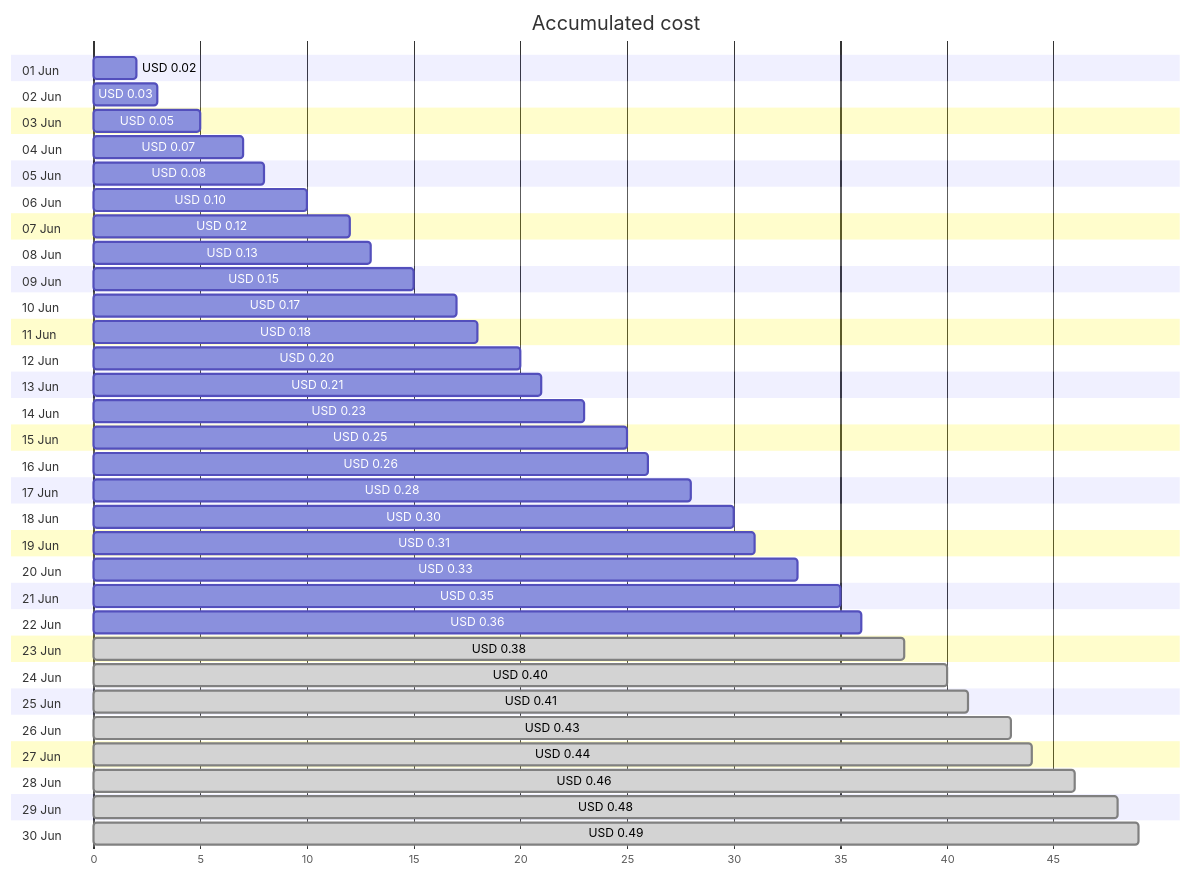
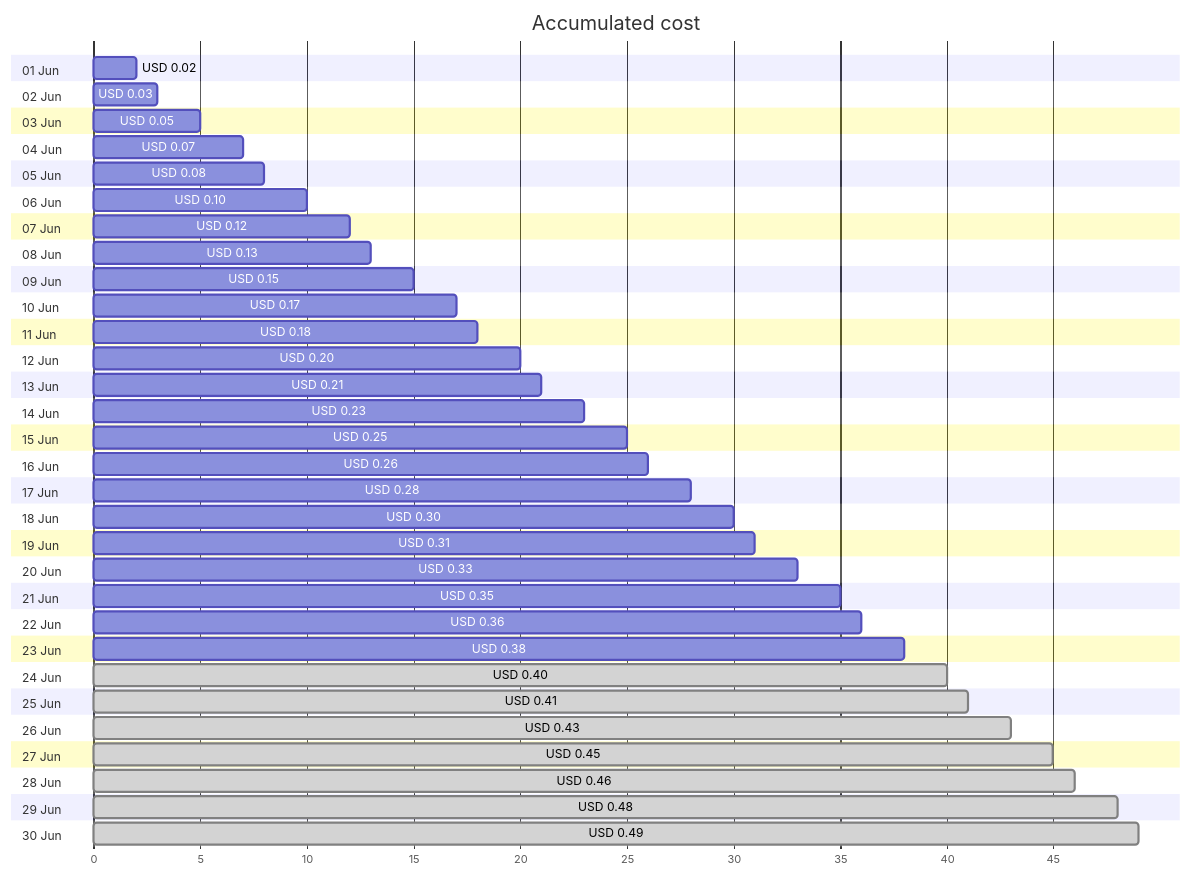
One commit to jpfulton/azure-personal-reports changed the first of 4 diagrams in cost-reports/personal-dns/jpatrickfulton.dev.md. Above: the diagram before and after it, drawn with Mermaid. The commit also changed other lines of this file and 2 other files, not shown here.

````diff
--- a/cost-reports/personal-dns/jpatrickfulton.dev.md
+++ b/cost-reports/personal-dns/jpatrickfulton.dev.md
@@ -20,66 +20,66 @@
 ```mermaid
 gantt
    title Accumulated cost
    dateFormat  X
    axisFormat %s
    section 01 Jun
    USD 0.02 :0, 2
    section 02 Jun
    USD 0.03 :0, 3
    section 03 Jun
    USD 0.05 :0, 5
    section 04 Jun
    USD 0.07 :0, 7
    section 05 Jun
    USD 0.08 :0, 8
    section 06 Jun
    USD 0.10 :0, 10
    section 07 Jun
    USD 0.12 :0, 12
    section 08 Jun
    USD 0.13 :0, 13
    section 09 Jun
    USD 0.15 :0, 15
    section 10 Jun
    USD 0.17 :0, 17
    section 11 Jun
    USD 0.18 :0, 18
    section 12 Jun
    USD 0.20 :0, 20
    section 13 Jun
    USD 0.21 :0, 21
    section 14 Jun
    USD 0.23 :0, 23
    section 15 Jun
    USD 0.25 :0, 25
    section 16 Jun
    USD 0.26 :0, 26
    section 17 Jun
    USD 0.28 :0, 28
    section 18 Jun
    USD 0.30 :0, 30
    section 19 Jun
    USD 0.31 :0, 31
    section 20 Jun
    USD 0.33 :0, 33
    section 21 Jun
    USD 0.35 :0, 35
    section 22 Jun
    USD 0.36 :0, 36
    section 23 Jun
-   USD 0.38 : done, 0, 38
+   USD 0.38 :0, 38
    section 24 Jun
    USD 0.40 : done, 0, 40
    section 25 Jun
    USD 0.41 : done, 0, 41
    section 26 Jun
    USD 0.43 : done, 0, 43
    section 27 Jun
-   USD 0.44 : done, 0, 44
+   USD 0.45 : done, 0, 45
    section 28 Jun
    USD 0.46 : done, 0, 46
    section 29 Jun
    USD 0.48 : done, 0, 48
    section 30 Jun
    USD 0.49 : done, 0, 49
 ```
````
